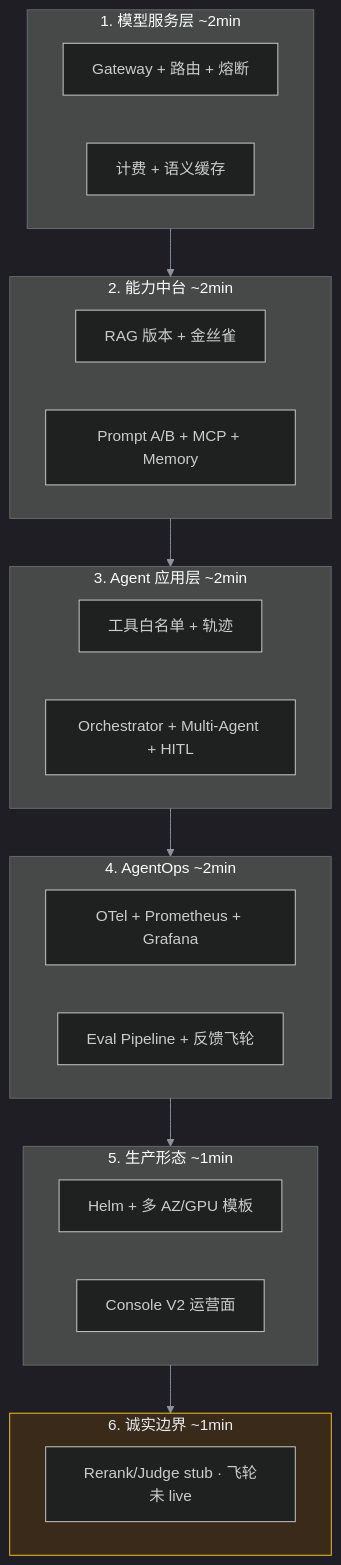
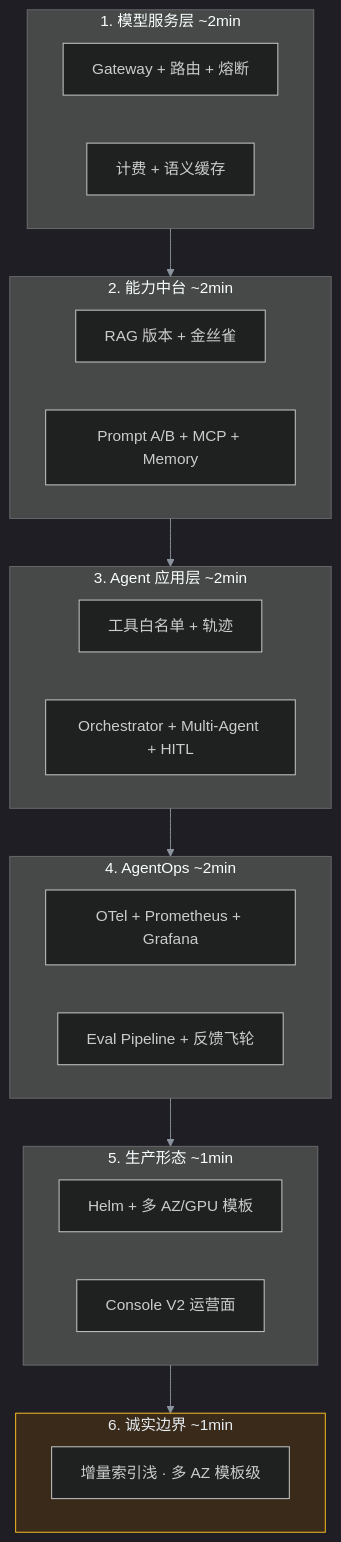
One commit to xingyun0812/ai-platform-lab changed the diagram in docs/interview-narrative.md. Above: the diagram before and after it, drawn with Mermaid. The commit also changed other lines of this file and 9 other files, not shown here.

````diff
--- a/docs/interview-narrative.md
+++ b/docs/interview-narrative.md
@@ -16,31 +16,31 @@
 ```mermaid
 %%{init: {'theme': 'dark', 'themeVariables': { 'primaryColor': '#1e3a5f', 'primaryTextColor': '#e6edf3', 'primaryBorderColor': '#58a6ff', 'lineColor': '#8b949e'}}}%%
 flowchart TB
   subgraph L1["1. 模型服务层 ~2min"]
     G["Gateway + 路由 + 熔断"]
     B["计费 + 语义缓存"]
   end
   subgraph L2["2. 能力中台 ~2min"]
     R["RAG 版本 + 金丝雀"]
     P["Prompt A/B + MCP + Memory"]
   end
   subgraph L3["3. Agent 应用层 ~2min"]
     A["工具白名单 + 轨迹"]
     H["Orchestrator + Multi-Agent + HITL"]
   end
   subgraph L4["4. AgentOps ~2min"]
     O["OTel + Prometheus + Grafana"]
     E["Eval Pipeline + 反馈飞轮"]
   end
   subgraph L5["5. 生产形态 ~1min"]
     K["Helm + 多 AZ/GPU 模板"]
     C["Console V2 运营面"]
   end
   subgraph L6["6. 诚实边界 ~1min"]
-    X["Rerank/Judge stub · 飞轮未 live"]
+    X["增量索引浅 · 多 AZ 模板级"]
   end
 
   L1 --> L2 --> L3 --> L4 --> L5 --> L6
 
   style L6 fill:#3a2a1a,stroke:#fbbf24,color:#e6edf3
 ```
````
